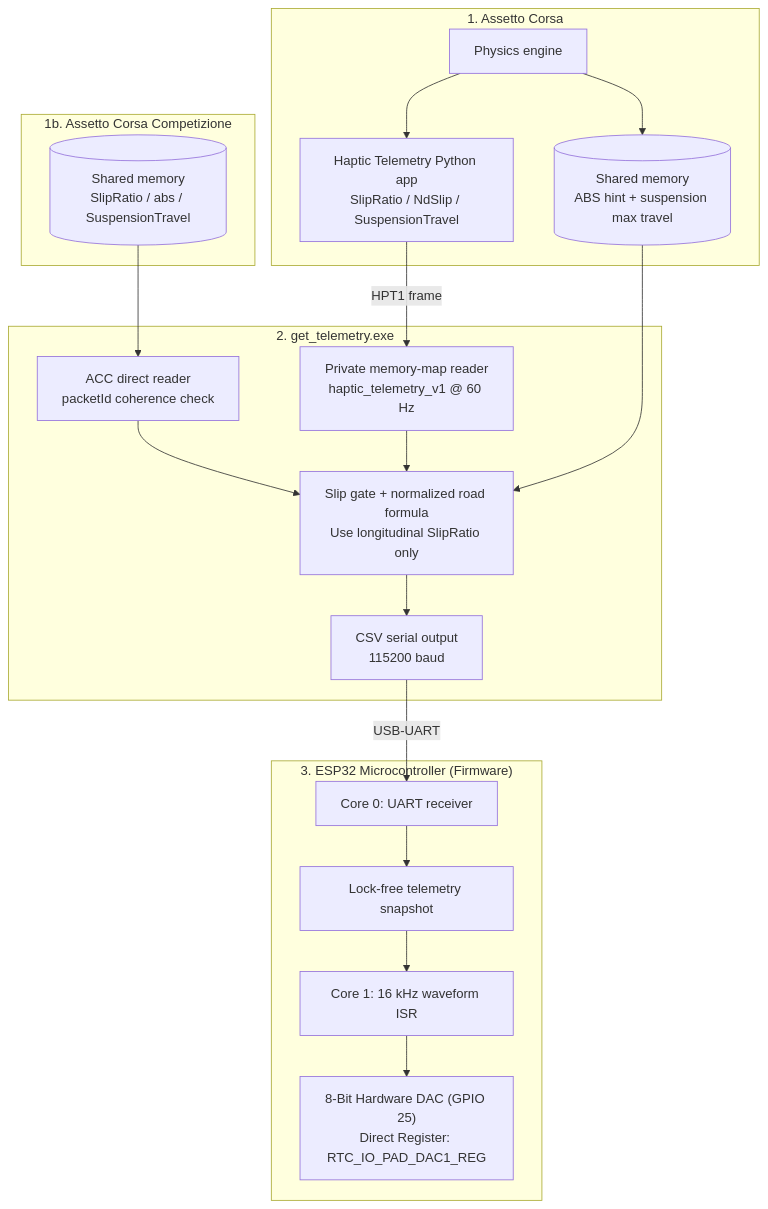
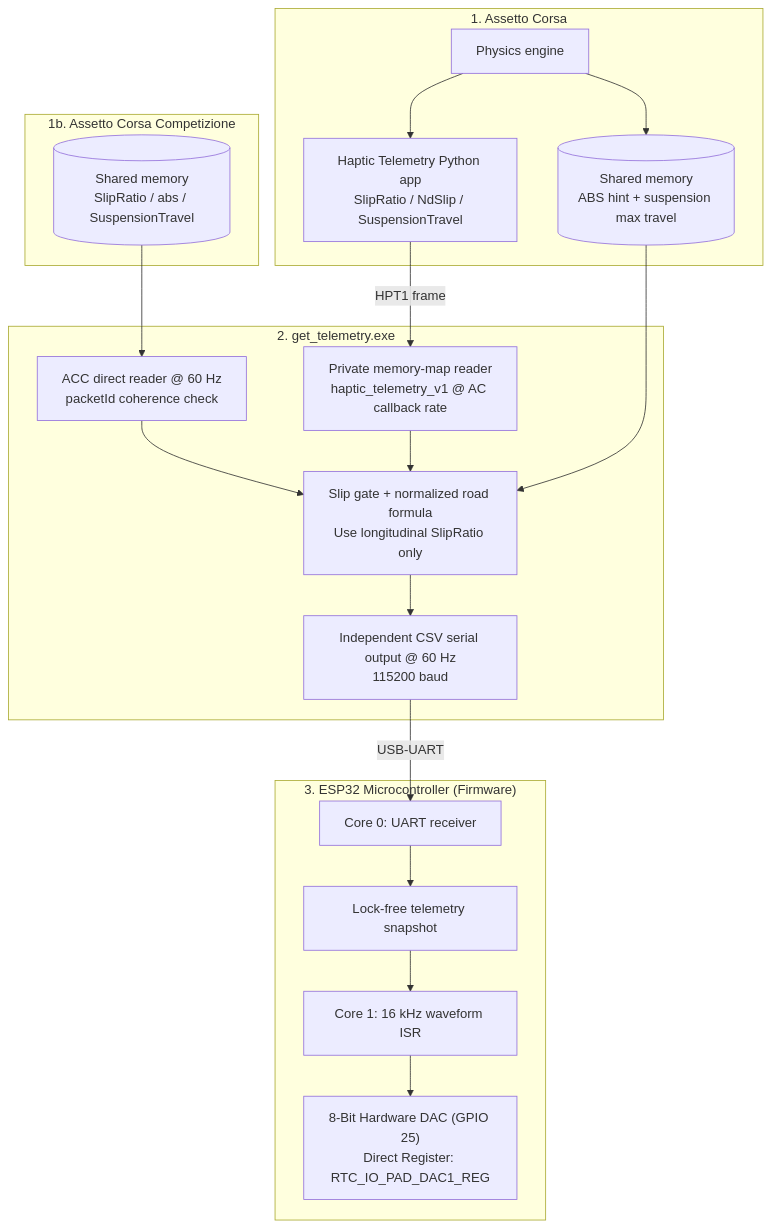
Before and after one commit to tminh-U/DIY-Haptic-Motor-for-Pedals: the third of 3 diagrams in README.md, drawn with Mermaid. The commit also changed other lines of this file and 4 other files, not shown here.

````diff
--- a/README.md
+++ b/README.md
@@ -363,37 +363,37 @@
 ```mermaid
 flowchart TD
     subgraph AC ["1. Assetto Corsa"]
         Physics["Physics engine"]
         Python["Haptic Telemetry Python app\nSlipRatio / NdSlip / SuspensionTravel"]
         AbsHint[("Shared memory\nABS hint + suspension max travel")]
         Physics --> Python
         Physics --> AbsHint
     end
 
     subgraph ACC ["1b. Assetto Corsa Competizione"]
         ACCPhysics[("Shared memory\nSlipRatio / abs / SuspensionTravel")]
     end
 
     subgraph Host ["2. get_telemetry.exe"]
-        Bridge["Private memory-map reader\nhaptic_telemetry_v1 @ 60 Hz"]
-        ACCReader["ACC direct reader\npacketId coherence check"]
+        Bridge["Private memory-map reader\nhaptic_telemetry_v1 @ AC callback rate"]
+        ACCReader["ACC direct reader @ 60 Hz\npacketId coherence check"]
         Gate["Slip gate + normalized road formula\nUse longitudinal SlipRatio only"]
-        Serial["CSV serial output\n115200 baud"]
+        Serial["Independent CSV serial output @ 60 Hz\n115200 baud"]
         Bridge --> Gate --> Serial
         ACCReader --> Gate
     end
 
     subgraph ESP ["3. ESP32 Microcontroller (Firmware)"]
         UARTCore0["Core 0: UART receiver"]
         Snapshot["Lock-free telemetry snapshot"]
         TimerCore1["Core 1: 16 kHz waveform ISR"]
         DAC["8-Bit Hardware DAC (GPIO 25)\nDirect Register: RTC_IO_PAD_DAC1_REG"]
         UARTCore0 --> Snapshot --> TimerCore1
         TimerCore1 --> DAC
     end
 
     Python -->|"HPT1 frame"| Bridge
     AbsHint --> Gate
     ACCPhysics --> ACCReader
     Serial -->|"USB-UART"| UARTCore0
 ```
````
